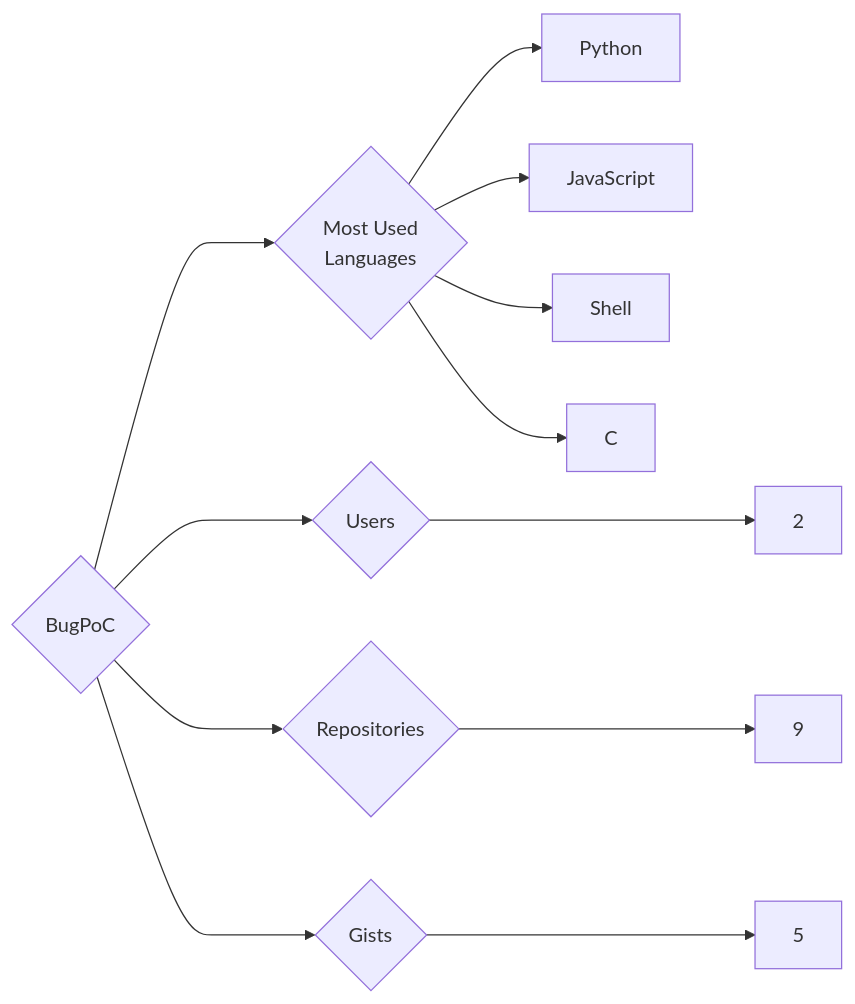
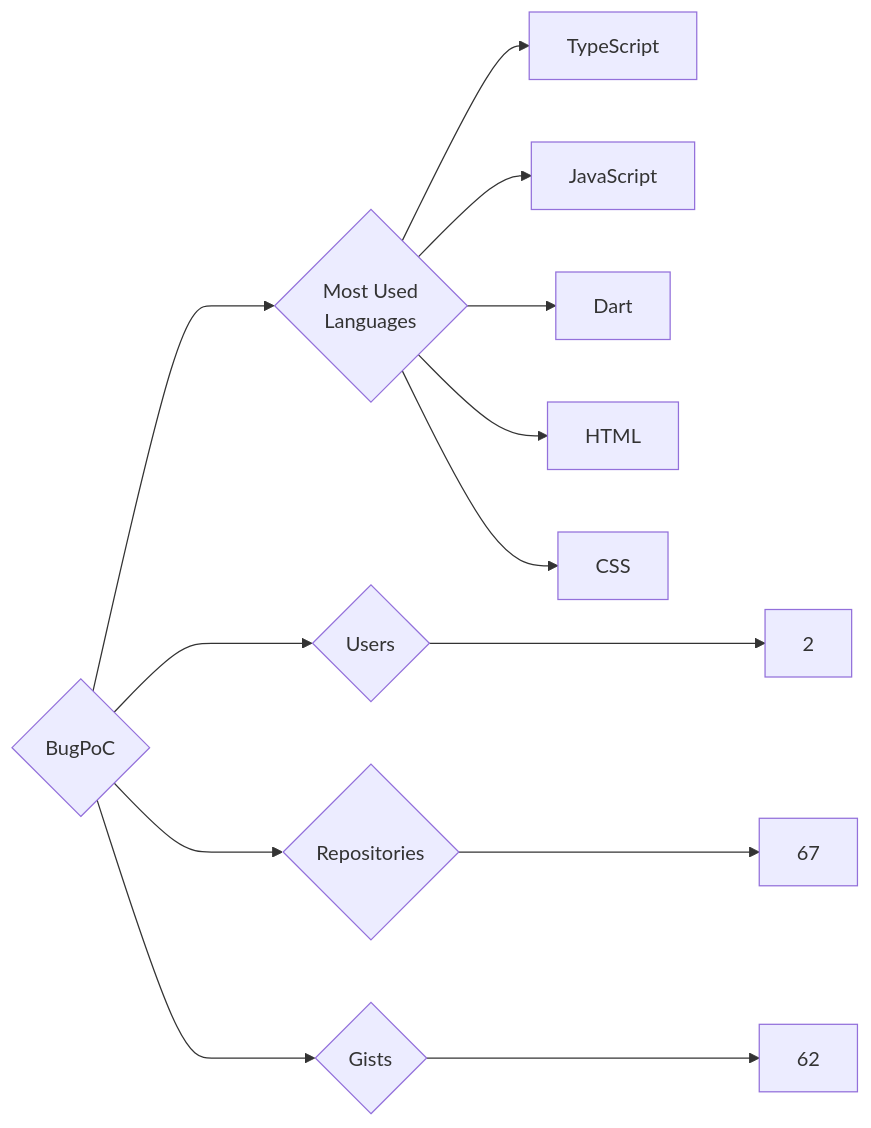
Before and after one commit to trickest/insiders: the diagram in targets/BugPoC/README.md, drawn with Mermaid. The commit also changed 611 other files, not shown here.

````diff
--- a/targets/BugPoC/README.md
+++ b/targets/BugPoC/README.md
@@ -3,12 +3,13 @@
 ```mermaid
 graph LR
 COMPANY_NAME{BugPoC}
 COMPANY_NAME ---> U{Users} ---> UN[2]
-COMPANY_NAME ---> R{Repositories} ---> RN[9]
-COMPANY_NAME ---> G{Gists} ---> GN[5]
+COMPANY_NAME ---> R{Repositories} ---> RN[67]
+COMPANY_NAME ---> G{Gists} ---> GN[62]
 COMPANY_NAME ---> ML{Most Used<br>Languages}
-ML --> Python[Python]
+ML --> TypeScript[TypeScript]
 ML --> JavaScript[JavaScript]
-ML --> Shell[Shell]
-ML --> C[C]
+ML --> Dart[Dart]
+ML --> HTML[HTML]
+ML --> CSS[CSS]
 ```
````
